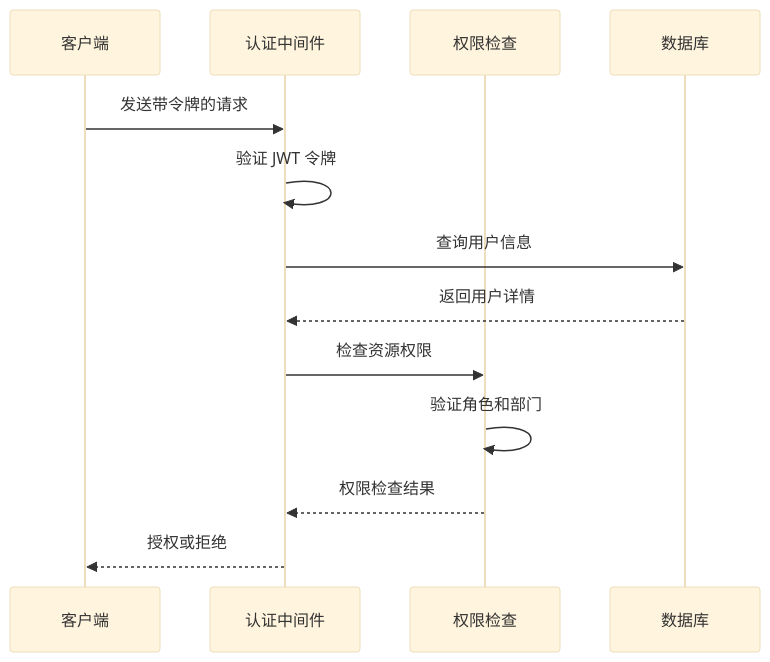
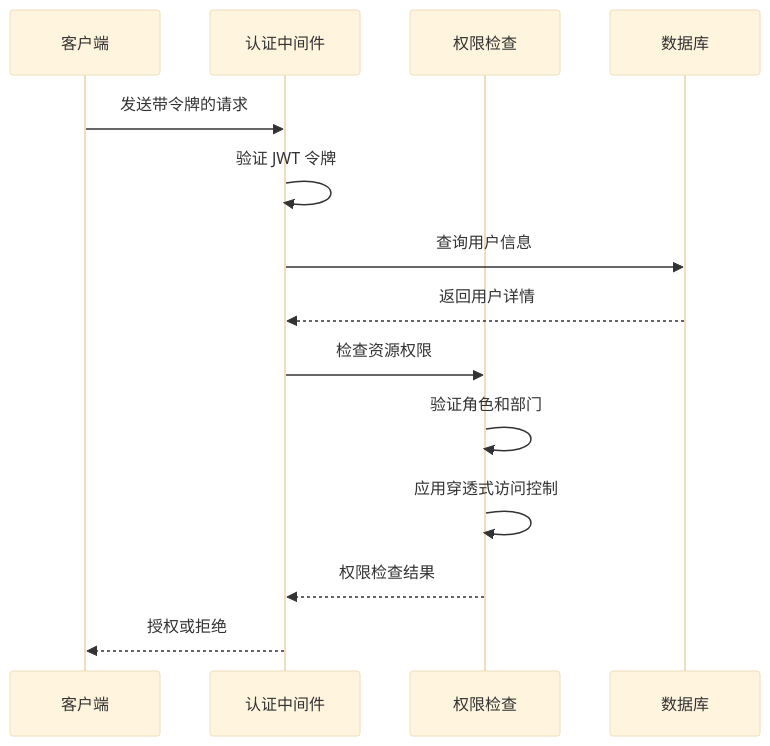
The eighth of 24 diagrams in .qoder/repowiki/zh/content/Service Api Documentation.md (CubeEdge/Longhorn), drawn with Mermaid (base theme) before and after one commit. The commit also changed other lines of this file and 53 other files, not shown here.

````diff
--- a/.qoder/repowiki/zh/content/Service Api Documentation.md
+++ b/.qoder/repowiki/zh/content/Service Api Documentation.md
@@ -255,15 +379,16 @@
 ```mermaid
 sequenceDiagram
 participant Client as 客户端
 participant Auth as 认证中间件
 participant Perm as 权限检查
 participant DB as 数据库
 Client->>Auth : 发送带令牌的请求
 Auth->>Auth : 验证 JWT 令牌
 Auth->>DB : 查询用户信息
 DB-->>Auth : 返回用户详情
 Auth->>Perm : 检查资源权限
 Perm->>Perm : 验证角色和部门
+Perm->>Perm : 应用穿透式访问控制
 Perm-->>Auth : 权限检查结果
 Auth-->>Client : 授权或拒绝
 ```
````
